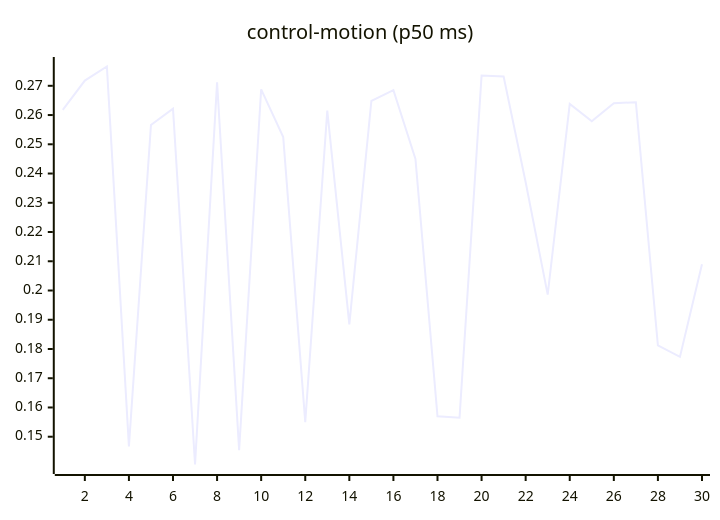
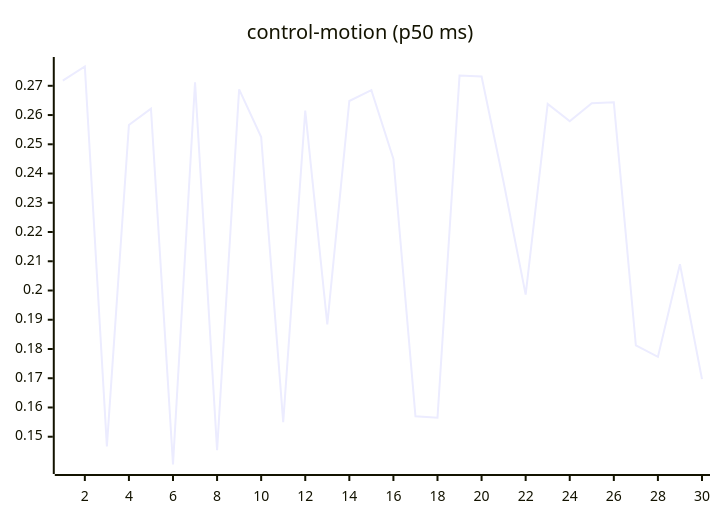
Before and after one commit to josha/Facet: the seventh of 27 diagrams in README.md, drawn with Mermaid. The commit also changed other lines of this file and 2 other files, not shown here.

````diff
--- a/README.md
+++ b/README.md
@@ -105,6 +105,6 @@
 ```mermaid
 xychart-beta
     title "control-motion (p50 ms)"
     x-axis 1 --> 30
-    line [0.2618, 0.2718, 0.2766, 0.1467, 0.2566, 0.2622, 0.1405, 0.2712, 0.1454, 0.2688, 0.2525, 0.1550, 0.2615, 0.1884, 0.2648, 0.2685, 0.2450, 0.1570, 0.1565, 0.2735, 0.2732, 0.2370, 0.1986, 0.2638, 0.2579, 0.2640, 0.2644, 0.1812, 0.1773, 0.2090]
+    line [0.2718, 0.2766, 0.1467, 0.2566, 0.2622, 0.1405, 0.2712, 0.1454, 0.2688, 0.2525, 0.1550, 0.2615, 0.1884, 0.2648, 0.2685, 0.2450, 0.1570, 0.1565, 0.2735, 0.2732, 0.2370, 0.1986, 0.2638, 0.2579, 0.2640, 0.2644, 0.1812, 0.1773, 0.2090, 0.1697]
 ```
````
